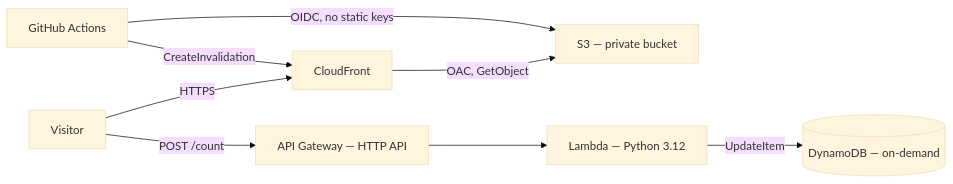
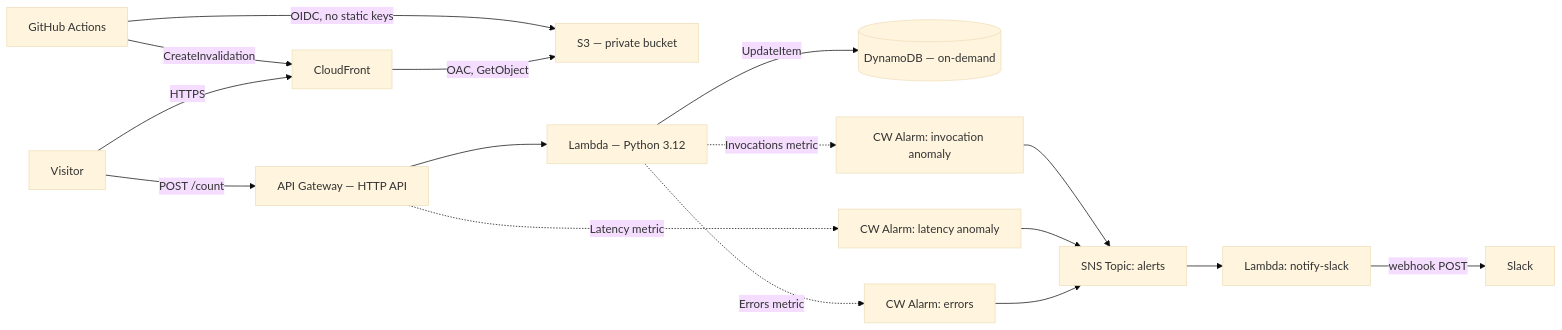
One commit to Nayeraneru/cloud-resume-challenge changed the diagram in README.md. Above: the diagram before and after it, drawn with Mermaid (base theme). The commit also changed other lines of this file, not shown here.

Commit message:
Enhance README with monitoring and architecture details

````diff
--- a/README.md
+++ b/README.md
@@ -13,11 +13,20 @@
 ```mermaid
 flowchart LR
     Visitor -->|HTTPS| CF[CloudFront]
     CF -->|OAC, GetObject| S3[S3 — private bucket]
     Visitor -->|POST /count| APIGW[API Gateway — HTTP API]
     APIGW --> Lambda[Lambda — Python 3.12]
     Lambda -->|UpdateItem| DDB[(DynamoDB — on-demand)]
-
+ 
     GH[GitHub Actions] -->|OIDC, no static keys| S3
     GH -->|CreateInvalidation| CF
+ 
+    Lambda -.->|Errors metric| Alarm1[CW Alarm: errors]
+    APIGW -.->|Latency metric| Alarm2[CW Alarm: latency anomaly]
+    Lambda -.->|Invocations metric| Alarm3[CW Alarm: invocation anomaly]
+    Alarm1 --> SNS[SNS Topic: alerts]
+    Alarm2 --> SNS
+    Alarm3 --> SNS
+    SNS --> NotifyLambda[Lambda: notify-slack]
+    NotifyLambda -->|webhook POST| Slack
 ```
````
